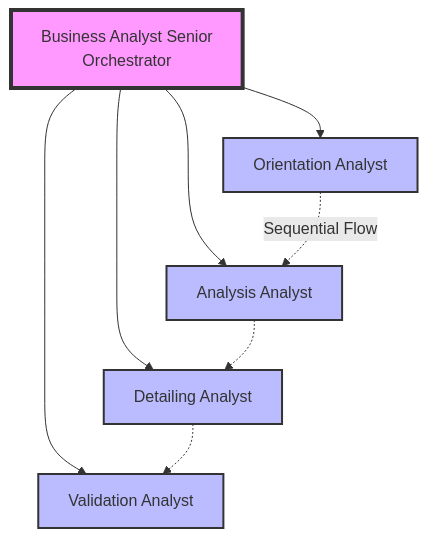
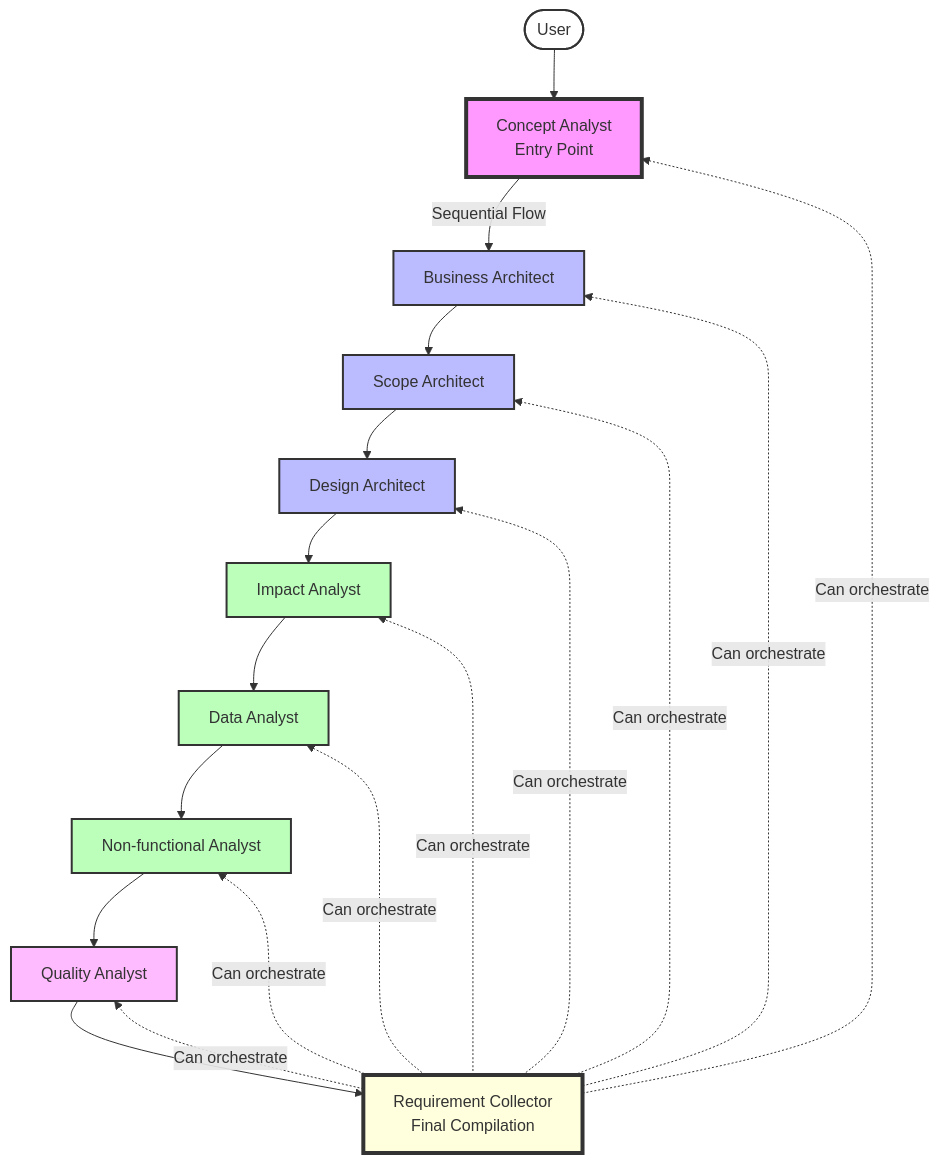
The diagram in README.md (JTAgentka/business_analyst_CHAT), drawn with Mermaid before and after one commit. The commit also changed other lines of this file and 96 other files, not shown here.

````diff
--- a/README.md
+++ b/README.md
@@ -22,17 +22,32 @@
 ```mermaid
 graph TD
-    BA[Business Analyst Senior<br/>Orchestrator] --> O[Orientation Analyst]
-    BA --> A[Analysis Analyst]
-    BA --> D[Detailing Analyst]
-    BA --> V[Validation Analyst]
+    Start([User]) --> C[Concept Analyst<br/>Entry Point]
+    C -->|Sequential Flow| B[Business Architect]
+    B --> S[Scope Architect]
+    S --> D[Design Architect]
+    D --> I[Impact Analyst]
+    I --> DA[Data Analyst]
+    DA --> N[Non-functional Analyst]
+    N --> Q[Quality Analyst]
+    Q --> RC[Requirement Collector<br/>Final Compilation]
     
-    O -.->|Sequential Flow| A
-    A -.-> D
-    D -.-> V
+    RC -.->|Can orchestrate| C
+    RC -.->|Can orchestrate| B
+    RC -.->|Can orchestrate| S
+    RC -.->|Can orchestrate| D
+    RC -.->|Can orchestrate| I
+    RC -.->|Can orchestrate| DA
+    RC -.->|Can orchestrate| N
+    RC -.->|Can orchestrate| Q
     
-    style BA fill:#f9f,stroke:#333,stroke-width:4px
-    style O fill:#bbf,stroke:#333,stroke-width:2px
-    style A fill:#bbf,stroke:#333,stroke-width:2px
+    style Start fill:#fff,stroke:#333,stroke-width:2px
+    style C fill:#f9f,stroke:#333,stroke-width:4px
+    style B fill:#bbf,stroke:#333,stroke-width:2px
+    style S fill:#bbf,stroke:#333,stroke-width:2px
     style D fill:#bbf,stroke:#333,stroke-width:2px
-    style V fill:#bbf,stroke:#333,stroke-width:2px
+    style I fill:#bfb,stroke:#333,stroke-width:2px
+    style DA fill:#bfb,stroke:#333,stroke-width:2px
+    style N fill:#bfb,stroke:#333,stroke-width:2px
+    style Q fill:#fbf,stroke:#333,stroke-width:2px
+    style RC fill:#ffd,stroke:#333,stroke-width:4px
 ```
````
